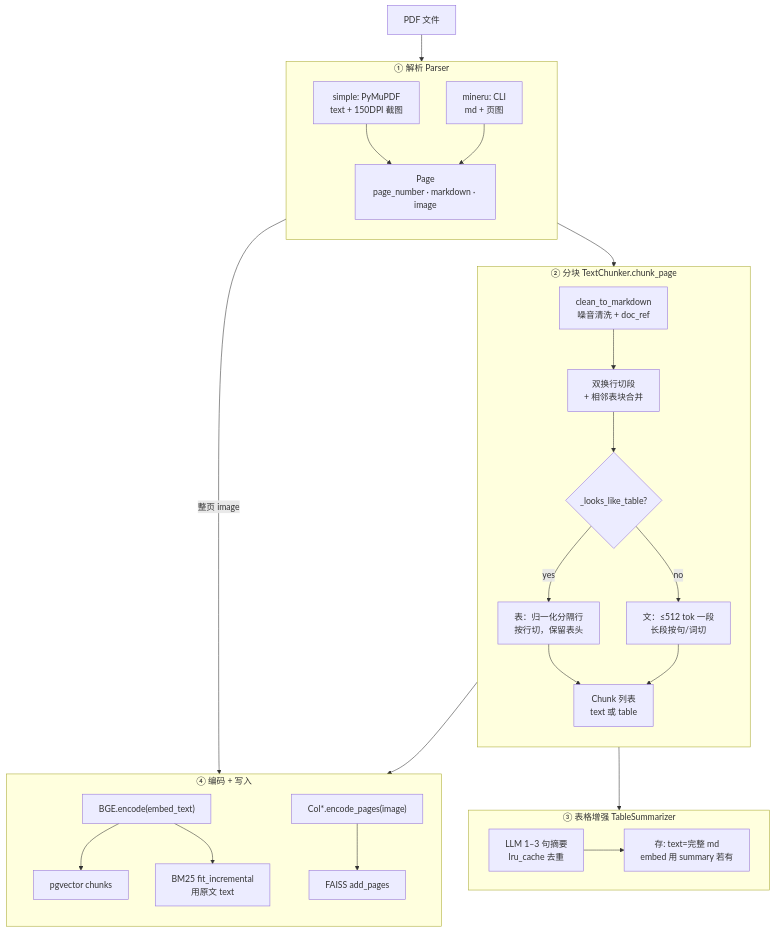
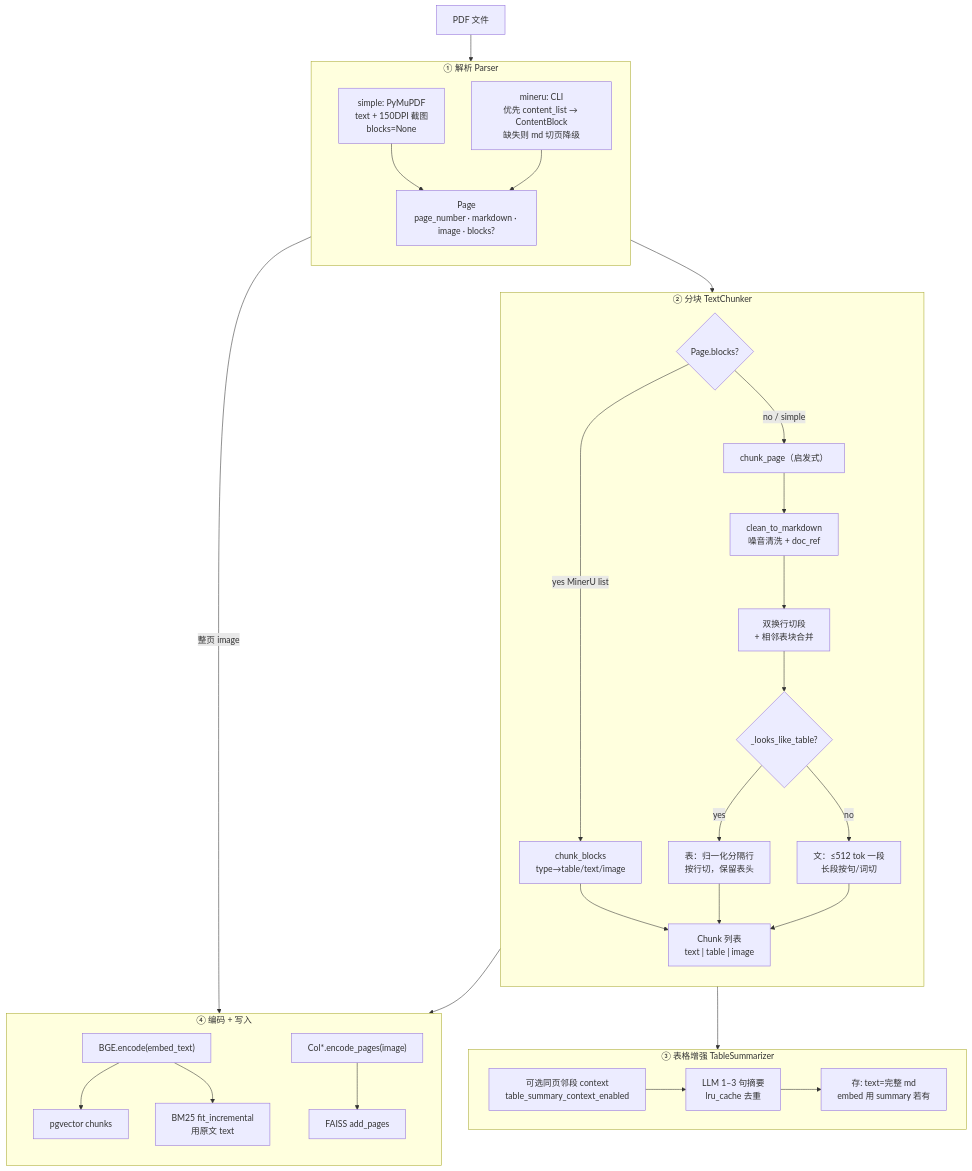
Before and after one commit to zyascend/prism-rag: the first of 6 diagrams in docs/architecture/content-pipeline.md, drawn with Mermaid. The commit also changed other lines of this file and 52 other files, not shown here.

````diff
--- a/docs/architecture/content-pipeline.md
+++ b/docs/architecture/content-pipeline.md
@@ -37,51 +38,56 @@
 ```mermaid
 flowchart TB
   PDF["PDF 文件"]
 
   subgraph Parse["① 解析 Parser"]
     direction TB
-    SP["simple: PyMuPDF<br/>text + 150DPI 截图"]
-    MU["mineru: CLI<br/>md + 页图"]
-    Page["Page<br/>page_number · markdown · image"]
+    SP["simple: PyMuPDF<br/>text + 150DPI 截图<br/>blocks=None"]
+    MU["mineru: CLI<br/>优先 content_list → ContentBlock<br/>缺失则 md 切页降级"]
+    Page["Page<br/>page_number · markdown · image · blocks?"]
     SP --> Page
     MU --> Page
   end
 
-  subgraph Chunk["② 分块 TextChunker.chunk_page"]
+  subgraph Chunk["② 分块 TextChunker"]
     direction TB
+    Path{"Page.blocks?"}
+    CB["chunk_blocks<br/>type→table/text/image"]
+    CP["chunk_page（启发式）"]
     Clean["clean_to_markdown<br/>噪音清洗 + doc_ref"]
     Split["双换行切段<br/>+ 相邻表块合并"]
     Branch{"_looks_like_table?"}
     TSplit["表：归一化分隔行<br/>按行切，保留表头"]
     XSplit["文：≤512 tok 一段<br/>长段按句/词切"]
-    Chunks["Chunk 列表<br/>text 或 table"]
-    Clean --> Split --> Branch
+    Chunks["Chunk 列表<br/>text | table | image"]
+    Path -->|yes MinerU list| CB --> Chunks
+    Path -->|no / simple| CP --> Clean --> Split --> Branch
     Branch -->|yes| TSplit --> Chunks
     Branch -->|no| XSplit --> Chunks
   end
 
   subgraph Enrich["③ 表格增强 TableSummarizer"]
     direction LR
+    Ctx["可选同页邻段 context<br/>table_summary_context_enabled"]
     Sum["LLM 1–3 句摘要<br/>lru_cache 去重"]
     Dual["存: text=完整 md<br/>embed 用 summary 若有"]
-    Sum --> Dual
+    Ctx --> Sum --> Dual
   end
 
   subgraph Encode["④ 编码 + 写入"]
     direction TB
     BGE["BGE.encode(embed_text)"]
     PG["pgvector chunks"]
     BM["BM25 fit_incremental<br/>用原文 text"]
     Col["Col*.encode_pages(image)"]
     FA["FAISS add_pages"]
     BGE --> PG
     BGE --> BM
     Col --> FA
   end
 
   PDF --> Parse
   Page --> Chunk
   Chunks --> Enrich
   Chunks --> Encode
   Page -->|整页 image| Encode
 ```
````
